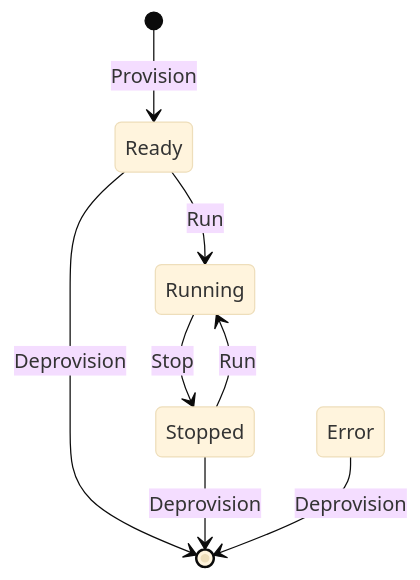
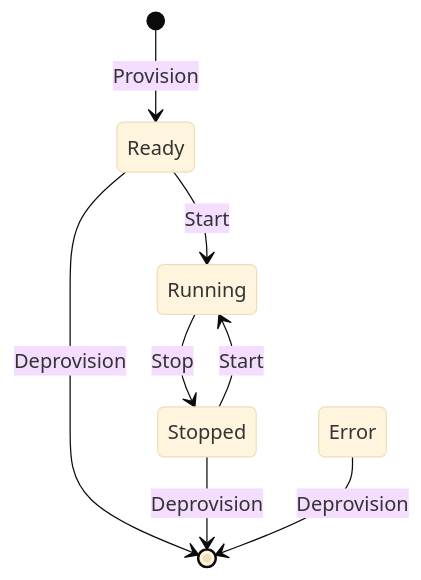
The diagram in docs/loads.md (bitomia/realm), drawn with Mermaid (base theme) before and after one commit. The commit also changed 5 other files, not shown here.

Commit message:
refactor: rename 'run' command for loads as 'start'

````diff
--- a/docs/loads.md
+++ b/docs/loads.md
@@ -1,14 +1,14 @@
 ```mermaid
 stateDiagram-v2
     [*] --> Ready: Provision
 
-    Ready --> Running: Run
+    Ready --> Running: Start
     Ready --> [*]: Deprovision
 
     Running --> Stopped: Stop
 
-    Stopped --> Running: Run
+    Stopped --> Running: Start
     Stopped --> [*]: Deprovision
 
     Error --> [*]: Deprovision
 ```
````
